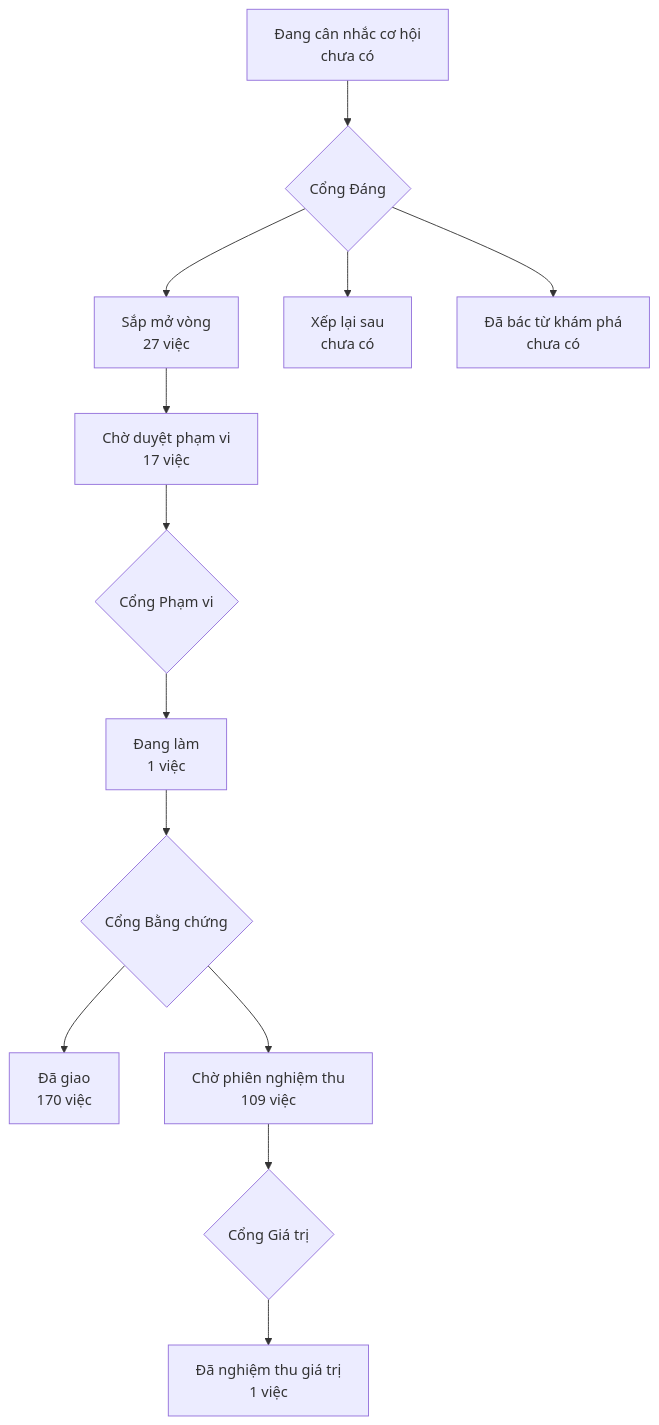
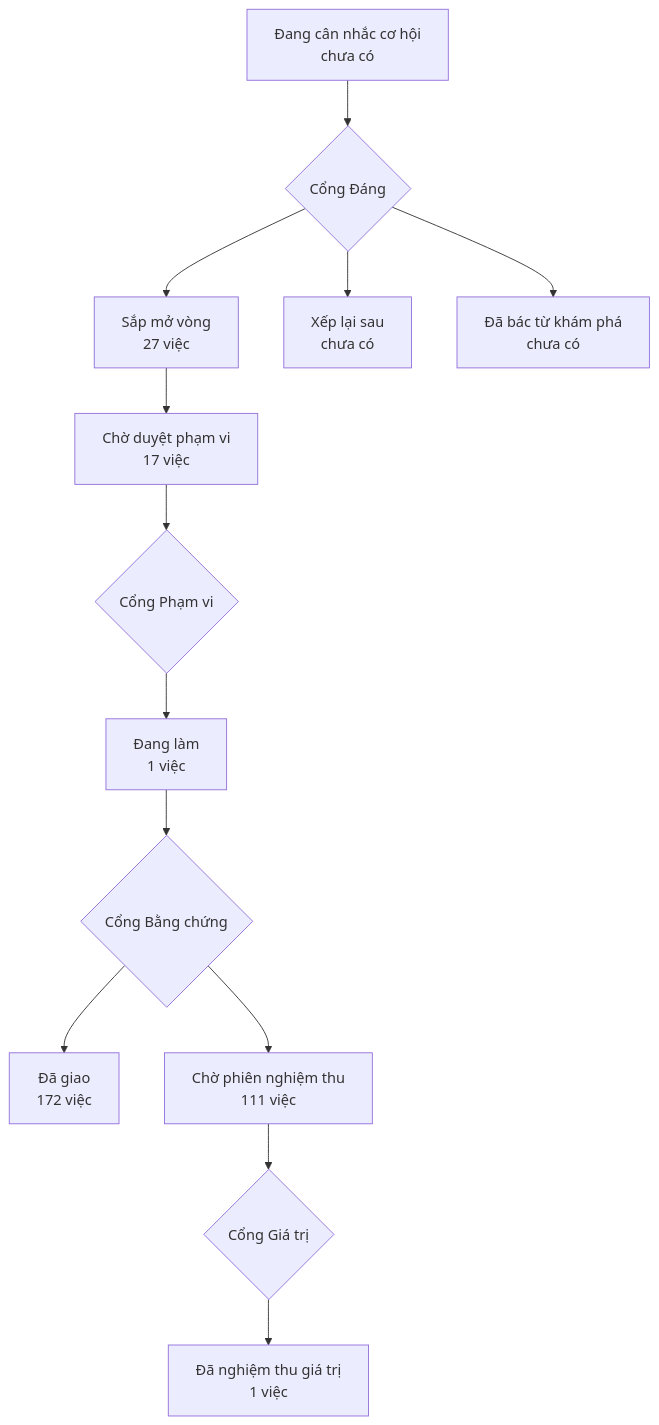
Before and after one commit to phanlemanh/onehub-invest: the diagram in PRODUCT-MAP.md, drawn with Mermaid. The commit also changed other lines of this file and 1 other file, not shown here.

Commit message:
chore: sinh lại bản đồ sau khi gộp main

````diff
--- a/PRODUCT-MAP.md
+++ b/PRODUCT-MAP.md
@@ -7,12 +7,12 @@
 ```mermaid
 flowchart TD
   A["Đang cân nhắc cơ hội<br/>chưa có"] --> GD{"Cổng Đáng"}
   GD --> B["Sắp mở vòng<br/>27 việc"]
   GD --> XL["Xếp lại sau<br/>chưa có"]
   GD --> DB["Đã bác từ khám phá<br/>chưa có"]
   B --> CD["Chờ duyệt phạm vi<br/>17 việc"] --> GP{"Cổng Phạm vi"}
   GP --> DL["Đang làm<br/>1 việc"] --> GB{"Cổng Bằng chứng"}
-  GB --> DG["Đã giao<br/>170 việc"]
-  GB --> CN["Chờ phiên nghiệm thu<br/>109 việc"] --> GG{"Cổng Giá trị"}
+  GB --> DG["Đã giao<br/>172 việc"]
+  GB --> CN["Chờ phiên nghiệm thu<br/>111 việc"] --> GG{"Cổng Giá trị"}
   GG --> NT["Đã nghiệm thu giá trị<br/>1 việc"]
 ```
````
